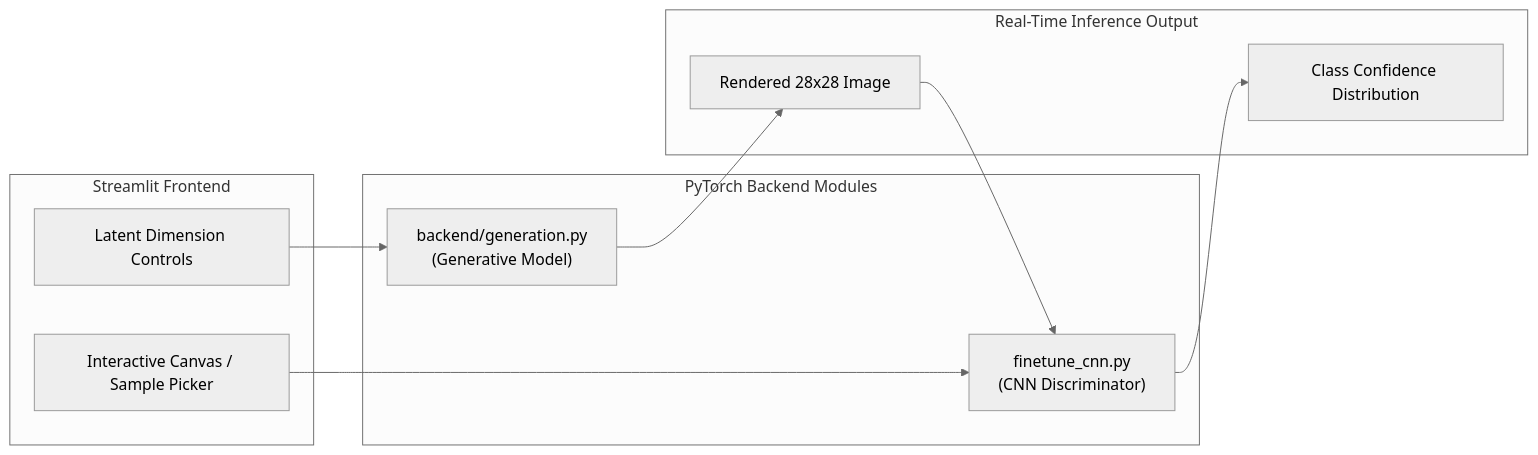
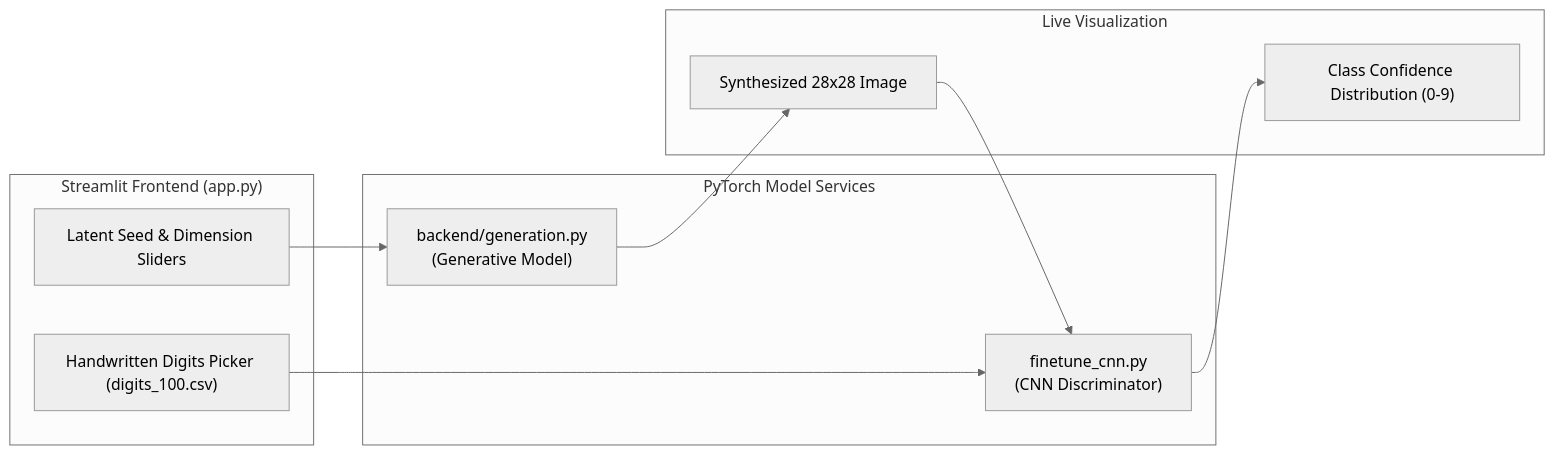
The diagram in README.md (Amaraiah11/Generative_AI-TEST), drawn with Mermaid (neutral theme) before and after one commit. The commit also changed other lines of this file, not shown here.

Commit message:
docs: elevate README to 10/10 Apply Pilot standard with interactive architectures, skill icons, and setup instructions

````diff
--- a/README.md
+++ b/README.md
@@ -42,23 +70,23 @@
 ```mermaid
 flowchart LR
-    subgraph UI["Streamlit Frontend"]
-        Controls["Latent Dimension Controls"]
-        Canvas["Interactive Canvas / Sample Picker"]
+    subgraph UI["Streamlit Frontend (app.py)"]
+        Controls["Latent Seed & Dimension Sliders"]
+        SamplePicker["Handwritten Digits Picker (digits_100.csv)"]
     end
 
-    subgraph Backend["PyTorch Backend Modules"]
+    subgraph Backend["PyTorch Model Services"]
         GenEngine["backend/generation.py<br/>(Generative Model)"]
         Classifier["finetune_cnn.py<br/>(CNN Discriminator)"]
     end
 
-    subgraph Output["Real-Time Inference Output"]
-        ImgOut["Rendered 28x28 Image"]
-        BarChart["Class Confidence Distribution"]
+    subgraph Output["Live Visualization"]
+        ImgOut["Synthesized 28x28 Image"]
+        BarChart["Class Confidence Distribution (0-9)"]
     end
 
     Controls --> GenEngine
-    Canvas --> Classifier
+    SamplePicker --> Classifier
     GenEngine --> ImgOut
     ImgOut --> Classifier
     Classifier --> BarChart
 ```
````
